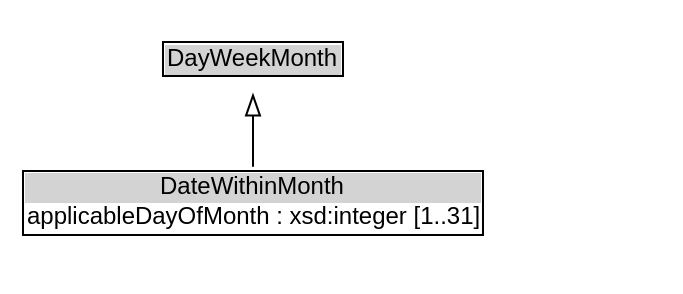
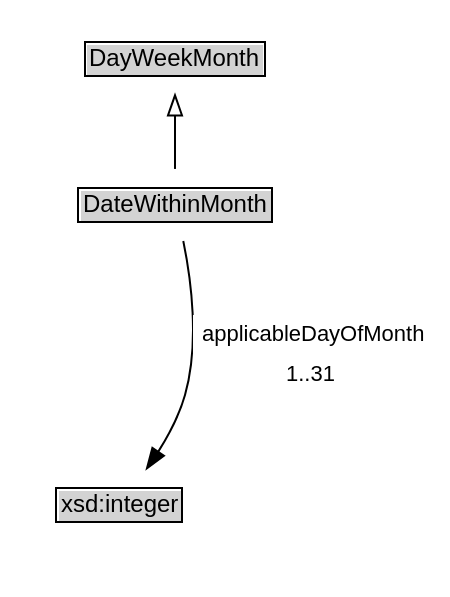
The diagram in docs/diagrams/DateWithinMonth.dot (k-vaughn/ontology-its-time), drawn with Graphviz before and after one commit. The commit also changed 77 other files, not shown here.

```diff
--- a/docs/diagrams/DateWithinMonth.dot
+++ b/docs/diagrams/DateWithinMonth.dot
@@ -1,19 +1,24 @@
 // Diagram for DateWithinMonth
 digraph {
 	graph [overlap=false rankdir=TB splines=true]
 	node [fontname=Arial fontsize=12 margin=0 shape=none]
 	edge [fontname=Arial fontsize=11]
 	{
 		rank=source
 		DayWeekMonth [label=<<TABLE BORDER="1" CELLBORDER="0" CELLSPACING="0" CELLPADDING="1"><TR><TD BGCOLOR="lightgray" ALIGN="CENTER">DayWeekMonth</TD></TR></TABLE>> URL="../DayWeekMonth" margin=0]
 	}
-	DateWithinMonth [label=<<TABLE BORDER="1" CELLBORDER="0" CELLSPACING="0" CELLPADDING="1"><TR><TD BGCOLOR="lightgray" ALIGN="CENTER">DateWithinMonth</TD></TR><TR><TD ALIGN="LEFT">applicableDayOfMonth : xsd:integer [1..31]</TD></TR></TABLE>> URL="../DateWithinMonth" margin=0]
+	DateWithinMonth [label=<<TABLE BORDER="1" CELLBORDER="0" CELLSPACING="0" CELLPADDING="1"><TR><TD BGCOLOR="lightgray" ALIGN="CENTER">DateWithinMonth</TD></TR></TABLE>> URL="../DateWithinMonth" margin=0]
 	{
 		rank=max
 	}
 	subgraph cluster_associated {
 		label="" style=invis
 		Invis [label=<<TABLE BORDER="0" CELLBORDER="0" CELLSPACING="0" CELLPADDING="1"><TR><TD></TD></TR></TABLE>> margin=0 style=invis]
+		xsd_integer [label=<<TABLE BORDER="1" CELLBORDER="0" CELLSPACING="0" CELLPADDING="1"><TR><TD BGCOLOR="lightgray" ALIGN="CENTER">xsd:integer</TD></TR></TABLE>> URL="https://w3id.org/citydata/imported/xsd/latest/integer" margin=0]
 	}
 	DateWithinMonth -> DayWeekMonth [arrowhead=onormal style=solid]
+	DateWithinMonth -> Invis [style=invis]
+	Invis -> xsd_integer [style=invis]
+	xsd_integer [label=<<TABLE BORDER="1" CELLBORDER="0" CELLSPACING="0" CELLPADDING="1"><TR><TD BGCOLOR="lightgray" ALIGN="CENTER">xsd:integer</TD></TR></TABLE>> URL="https://w3id.org/citydata/imported/xsd/latest/integer" margin=0]
+	DateWithinMonth -> xsd_integer [label=<<TABLE BORDER="0" CELLBORDER="0" CELLSPACING="0" CELLPADDING="4" BGCOLOR="white"><TR><TD ALIGN="CENTER">applicableDayOfMonth</TD></TR><TR><TD ALIGN="CENTER">1..31</TD></TR></TABLE>> arrowhead=normal style=solid]
 }
```
